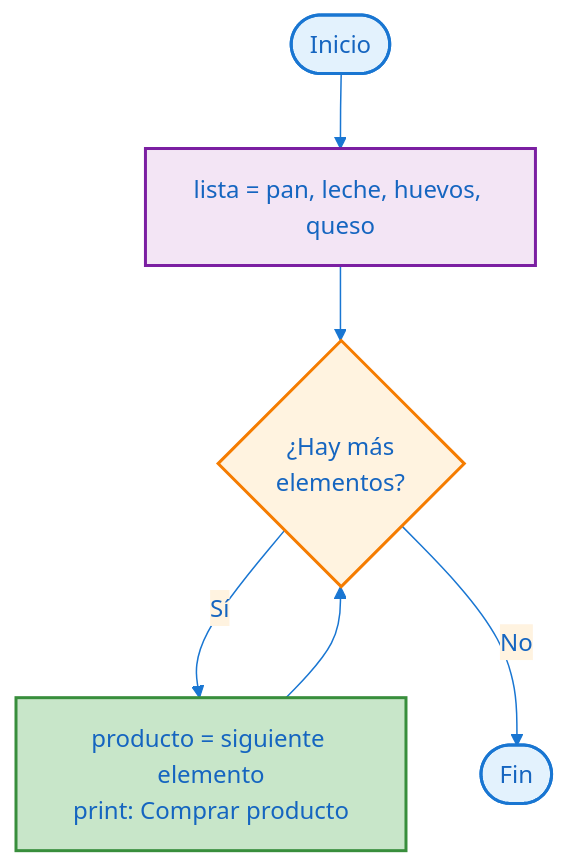
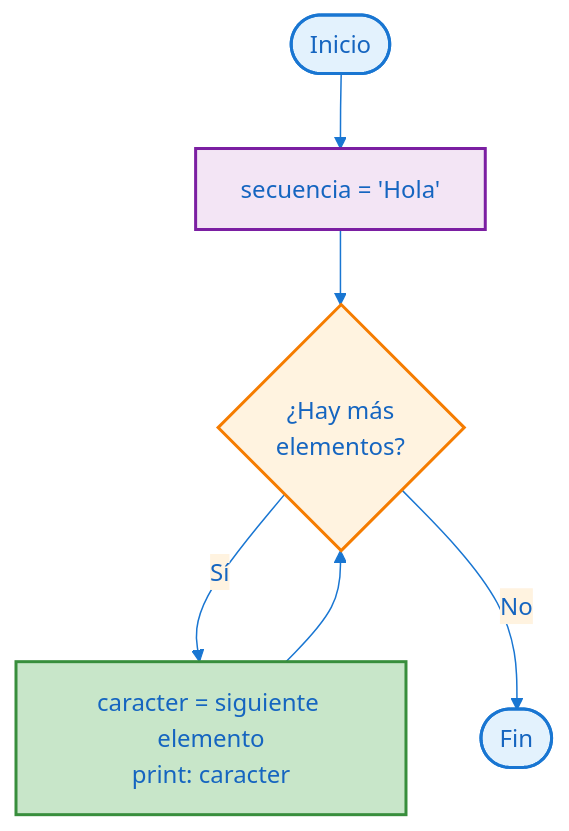
One commit to INGCOM-UNRN/apunte-ingreso changed the eighth of 9 diagrams in 2_control_flujo.md. Above: the diagram before and after it, drawn with Mermaid. The commit also changed other lines of this file, not shown here.

Commit message:
Saque listas de este apunte, que se introduce en el apunte siguiente para ampliar un poco cadenas

````diff
--- a/2_control_flujo.md
+++ b/2_control_flujo.md
@@ -1183,21 +1187,21 @@
 ```{mermaid}
 %%{init: {'theme':'base', 'themeVariables': { 'primaryColor':'#e3f2fd','primaryTextColor':'#1565c0','primaryBorderColor':'#1976d2','lineColor':'#1976d2','secondaryColor':'#fff3e0','tertiaryColor':'#f3e5f5','noteBkgColor':'#fff9c4','noteTextColor':'#333'}}}%%
 flowchart TD
     inicio([Inicio])
-    iniciar[lista = pan, leche, huevos, queso]
+    iniciar[secuencia = 'Hola']
     bucle{¿Hay más<br/>elementos?}
-    procesar[producto = siguiente elemento<br/>print: Comprar producto]
+    procesar[caracter = siguiente elemento<br/>print: caracter]
     fin([Fin])
     
     inicio --> iniciar
     iniciar --> bucle
     bucle -->|Sí| procesar
     bucle -->|No| fin
     procesar --> bucle
     
     style inicio fill:#e3f2fd,stroke:#1976d2,stroke-width:2px
     style iniciar fill:#f3e5f5,stroke:#7b1fa2,stroke-width:2px
     style bucle fill:#fff3e0,stroke:#f57c00,stroke-width:2px
     style procesar fill:#c8e6c9,stroke:#388e3c,stroke-width:2px
     style fin fill:#e3f2fd,stroke:#1976d2,stroke-width:2px
 ```
````
